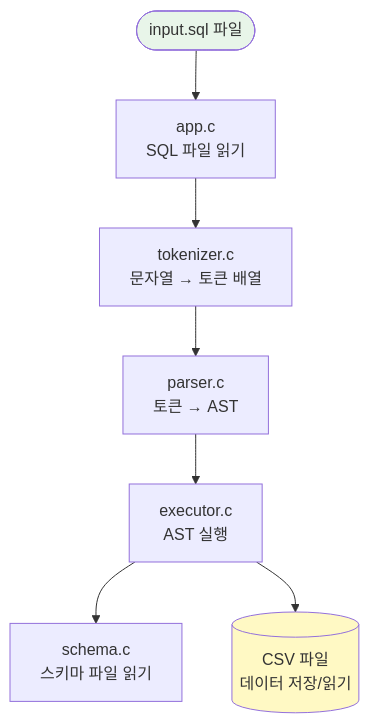
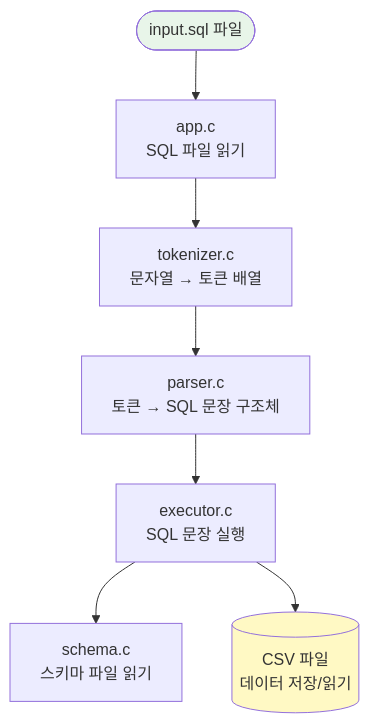
One commit to Jungle-12-303/week6-team5-sql changed the first of 10 diagrams in GUIDE.md. Above: the diagram before and after it, drawn with Mermaid. The commit also changed other lines of this file and 4 other files, not shown here.

First line of the commit message:
Document AST 표현을 SQL 문장 구조체로 교체

````diff
--- a/GUIDE.md
+++ b/GUIDE.md
@@ -88,12 +88,12 @@
 ```mermaid
 flowchart TD
     A(["input.sql 파일"]) --> B["app.c\nSQL 파일 읽기"]
     B --> C["tokenizer.c\n문자열 → 토큰 배열"]
-    C --> D["parser.c\n토큰 → AST"]
-    D --> E["executor.c\nAST 실행"]
+    C --> D["parser.c\n토큰 → SQL 문장 구조체"]
+    D --> E["executor.c\nSQL 문장 실행"]
     E --> F["schema.c\n스키마 파일 읽기"]
     E --> G[("CSV 파일\n데이터 저장/읽기")]
 
     style A fill:#e8f5e9
     style G fill:#fff9c4
 ```
````
